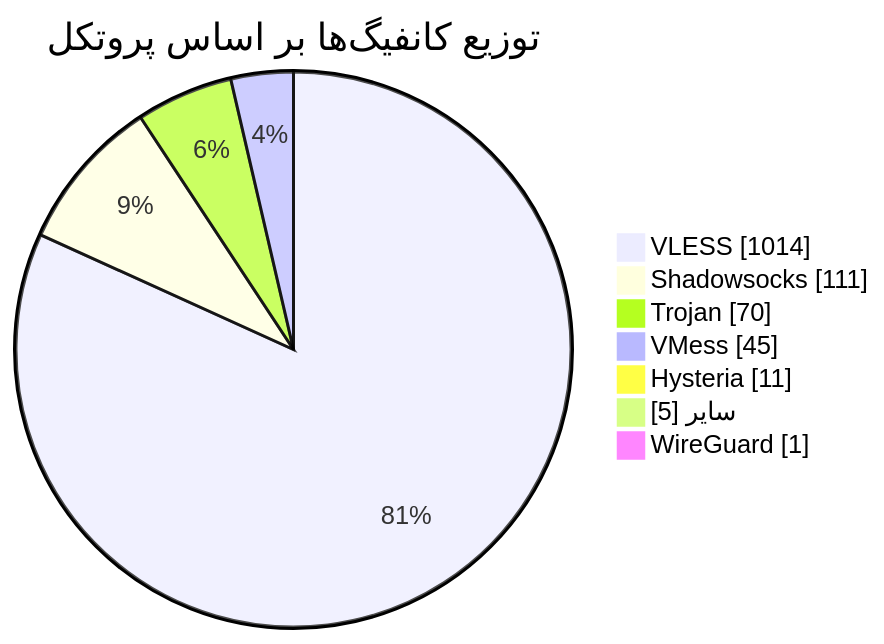
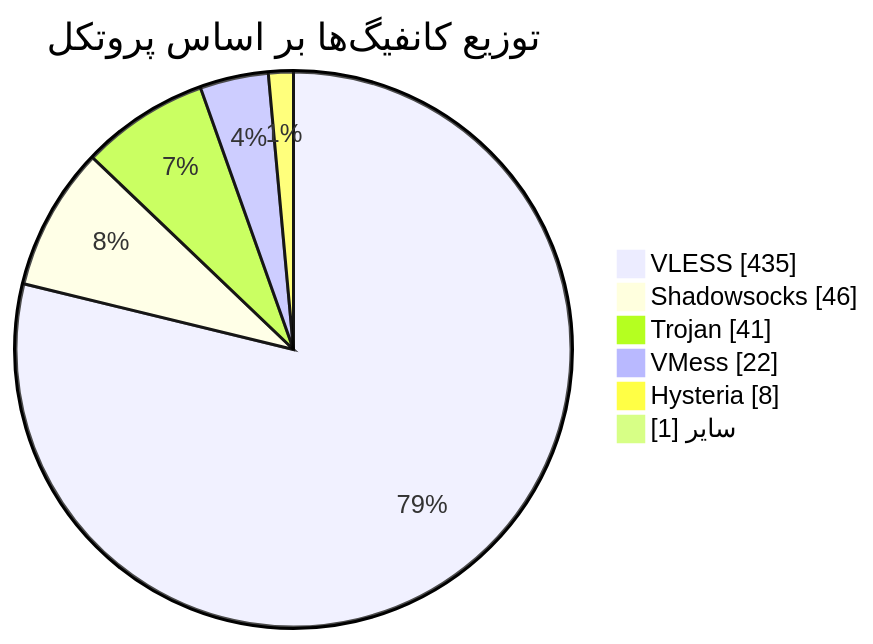
The diagram in README.md (Arian-Alijani/Somthing), drawn with Mermaid before and after one commit. The commit also changed other lines of this file and 111 other files, not shown here.

````diff
--- a/README.md
+++ b/README.md
@@ -49,11 +48,10 @@
 ```mermaid
 pie showData
     title توزیع کانفیگ‌ها بر اساس پروتکل
-    "VLESS" : 1014
-    "Shadowsocks" : 111
-    "Trojan" : 70
-    "VMess" : 45
-    "Hysteria" : 11
-    "سایر" : 5
-    "WireGuard" : 1
+    "VLESS" : 435
+    "Shadowsocks" : 46
+    "Trojan" : 41
+    "VMess" : 22
+    "Hysteria" : 8
+    "سایر" : 1
 ```
````
